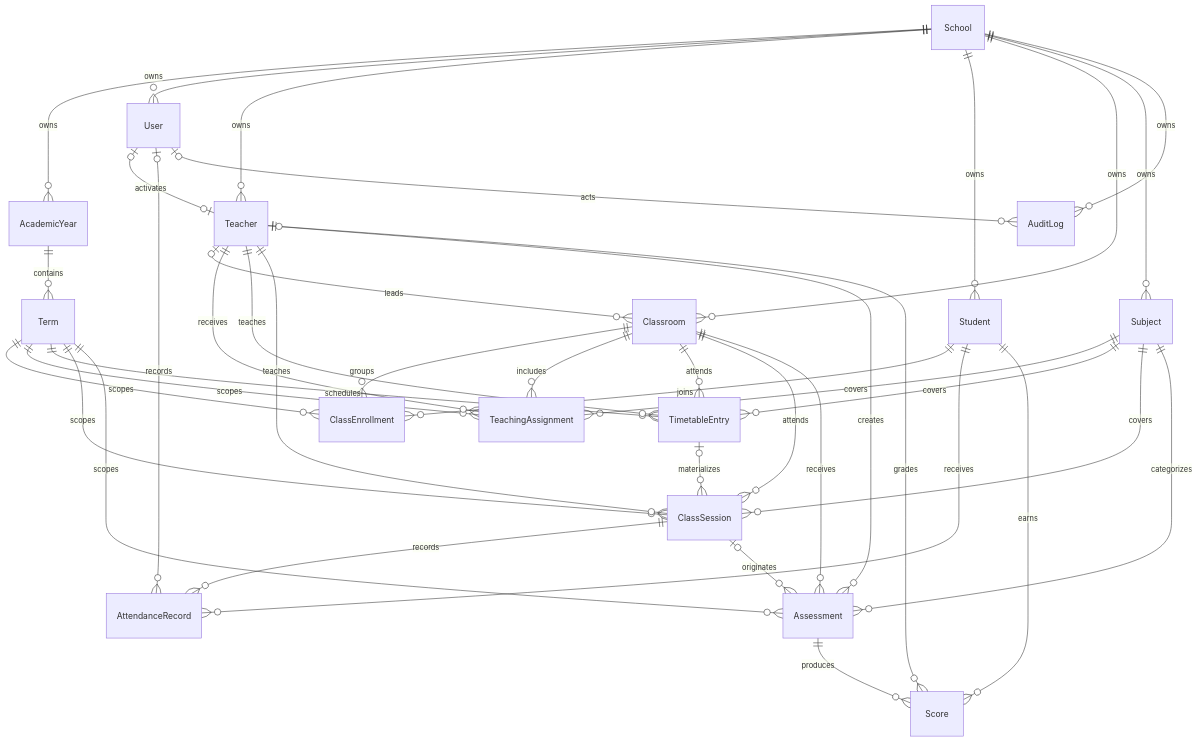
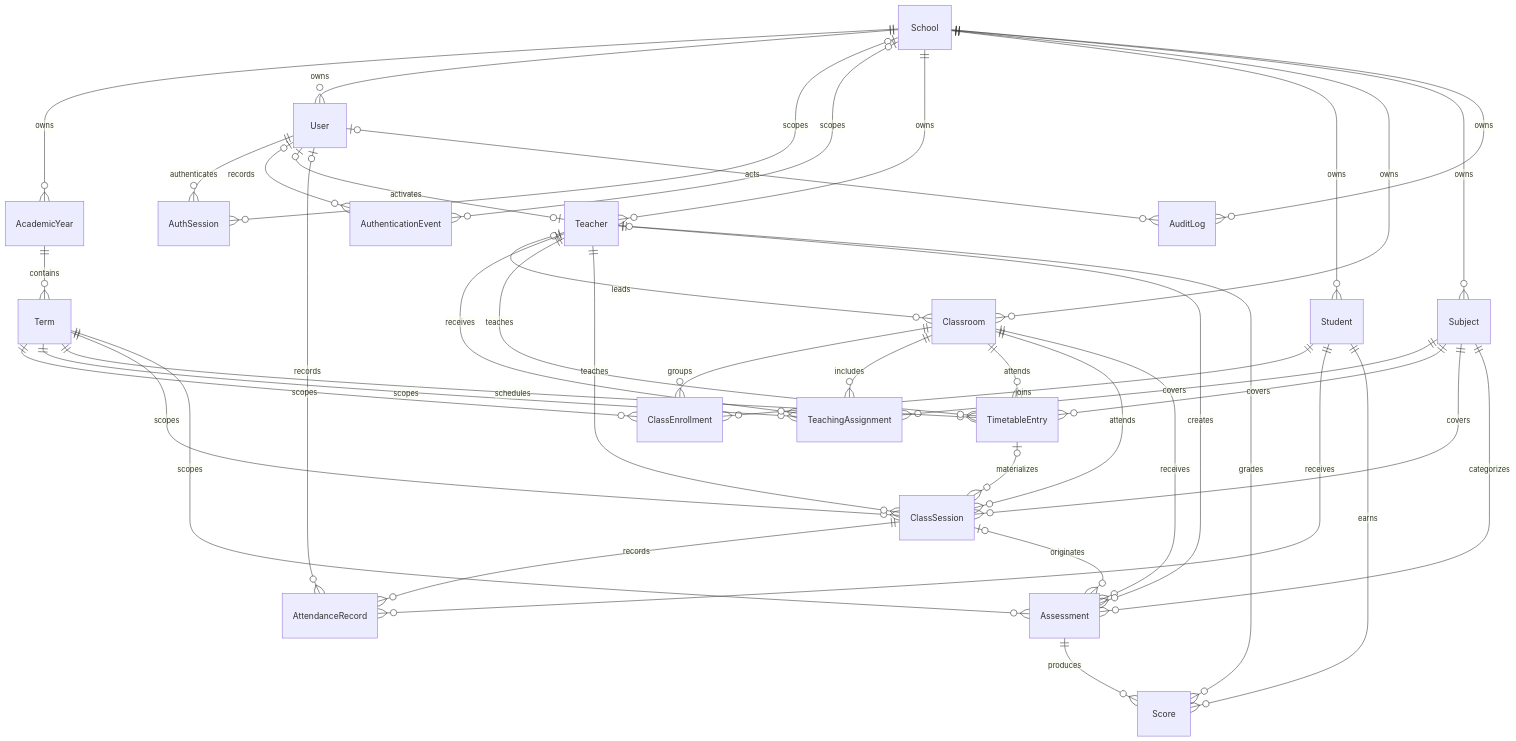
The first of 2 diagrams in docs/architecture/data-model.md (albertbestTH/classroom-os), drawn with Mermaid before and after one commit. The commit also changed other lines of this file and 27 other files, not shown here.

Commit message:
feat(auth): add trusted tenant authentication and role authorization

````diff
--- a/docs/architecture/data-model.md
+++ b/docs/architecture/data-model.md
@@ -28,48 +30,52 @@
 ```mermaid
 erDiagram
     School ||--o{ AcademicYear : owns
     School ||--o{ User : owns
+    School o|--o{ AuthSession : scopes
+    User ||--o{ AuthSession : authenticates
+    School o|--o{ AuthenticationEvent : scopes
+    User o|--o{ AuthenticationEvent : records
     School ||--o{ Teacher : owns
     School ||--o{ Student : owns
     School ||--o{ Classroom : owns
     School ||--o{ Subject : owns
 
     AcademicYear ||--o{ Term : contains
     User o|--o| Teacher : activates
     Teacher o|--o{ Classroom : leads
 
     Term ||--o{ ClassEnrollment : scopes
     Classroom ||--o{ ClassEnrollment : groups
     Student ||--o{ ClassEnrollment : joins
 
     Term ||--o{ TeachingAssignment : scopes
     Teacher ||--o{ TeachingAssignment : receives
     Classroom ||--o{ TeachingAssignment : includes
     Subject ||--o{ TeachingAssignment : covers
 
     Term ||--o{ TimetableEntry : schedules
     Teacher ||--o{ TimetableEntry : teaches
     Classroom ||--o{ TimetableEntry : attends
     Subject ||--o{ TimetableEntry : covers
 
     TimetableEntry o|--o{ ClassSession : materializes
     Term ||--o{ ClassSession : scopes
     Teacher ||--o{ ClassSession : teaches
     Classroom ||--o{ ClassSession : attends
     Subject ||--o{ ClassSession : covers
 
     ClassSession ||--o{ AttendanceRecord : records
     Student ||--o{ AttendanceRecord : receives
     User o|--o{ AttendanceRecord : records
 
     ClassSession o|--o{ Assessment : originates
     Term ||--o{ Assessment : scopes
     Classroom ||--o{ Assessment : receives
     Subject ||--o{ Assessment : categorizes
     Teacher ||--o{ Assessment : creates
     Assessment ||--o{ Score : produces
     Student ||--o{ Score : earns
     Teacher o|--o{ Score : grades
     School ||--o{ AuditLog : owns
     User o|--o{ AuditLog : acts
 ```
````
